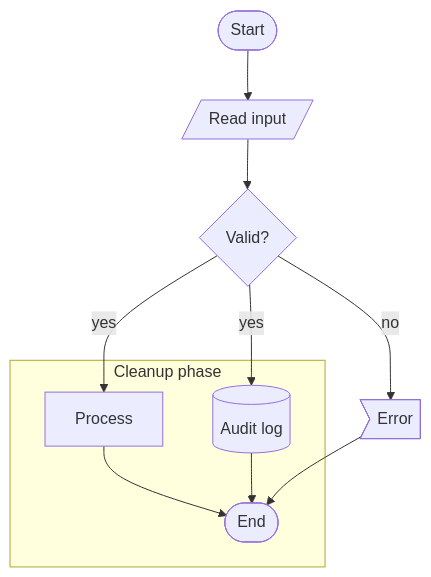
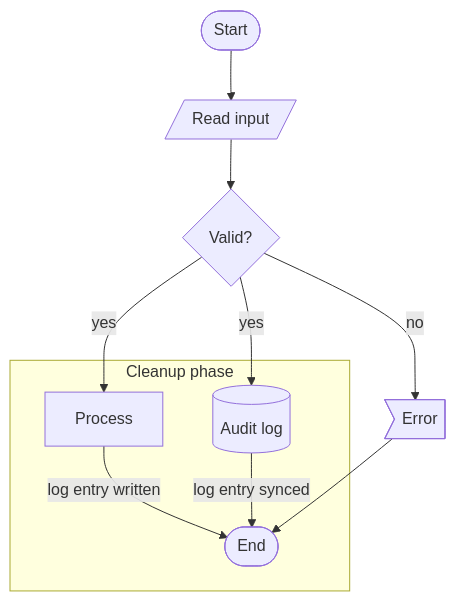
One commit to xmiksay/mermaid changed the diagram in samples/flowchart.mmd. Above: the diagram before and after it, drawn with Mermaid. The commit also changed 36 other files, not shown here.

```diff
--- a/samples/flowchart.mmd
+++ b/samples/flowchart.mmd
@@ -1,10 +1,10 @@
 flowchart TD
     Start([Start]) --> Input[/Read input/]
     Input --> Valid{Valid?}
     Valid -->|yes| Process[Process] & Audit[(Audit log)]
     Valid -->|no| Error>Error]
     subgraph Cleanup [Cleanup phase]
-        Process --> End([End])
-        Audit --> End
+        Process -->|log entry written| End([End])
+        Audit -->|log entry synced| End
     end
     Error --> End
```
